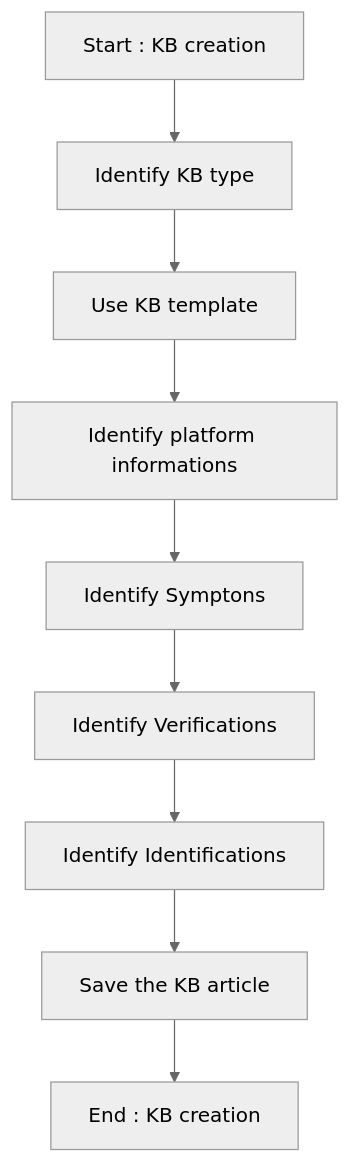
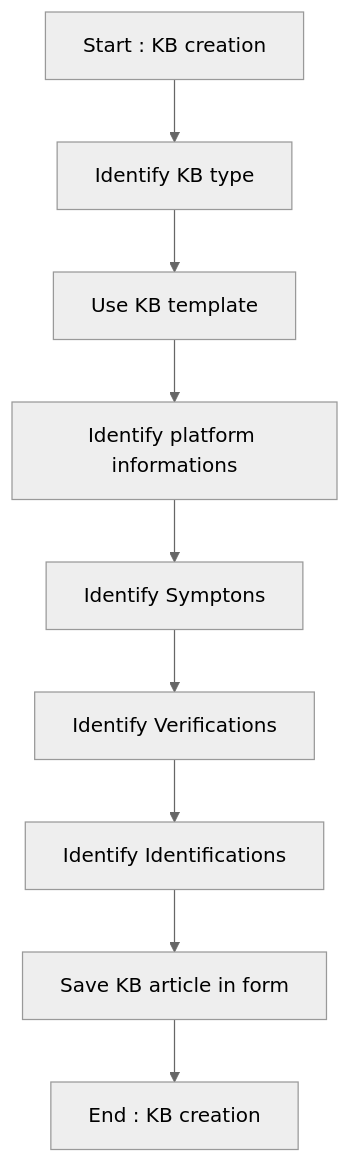
The third of 4 diagrams in README.md (alexvea/KB), drawn with Mermaid (neutral theme) before and after one commit. The commit also changed other lines of this file, not shown here.

````diff
--- a/README.md
+++ b/README.md
@@ -158,11 +158,11 @@
 ```mermaid
 flowchart TD
 A[Start : KB creation] --> B[Identify KB type];
 B[Identify KB type] --> C[Use KB template];
 C[Use KB template] --> D[Identify platform informations];
 D[Identify platform informations] --> E[Identify Symptons];
 E[Identify Symptons] --> F[Identify Verification];
 F[Identify Verifications] --> G[Identify Identifications];
 G[Identify Identifications] --> H[identify Solutions];
-H[Save the KB article] --> I[End : KB creation];
+H[Save KB article in form] --> I[End : KB creation];
 ```
````
